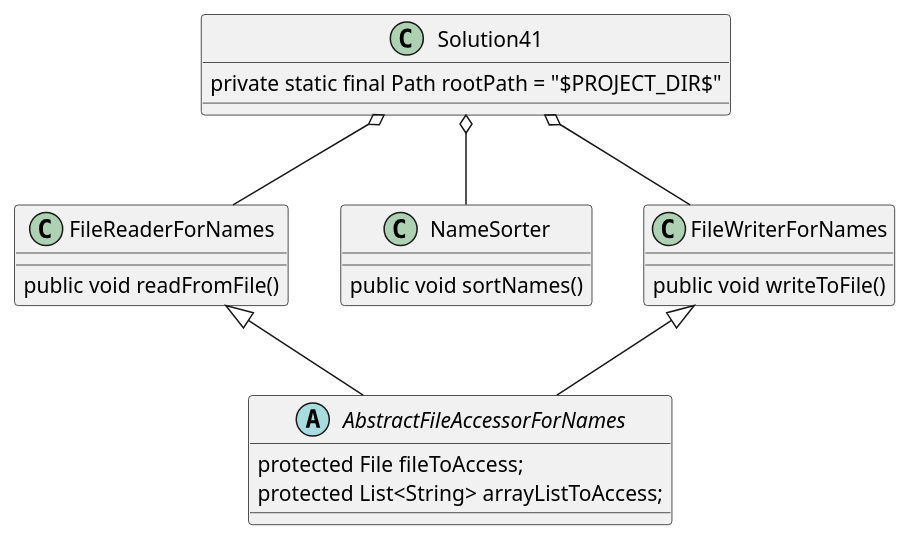
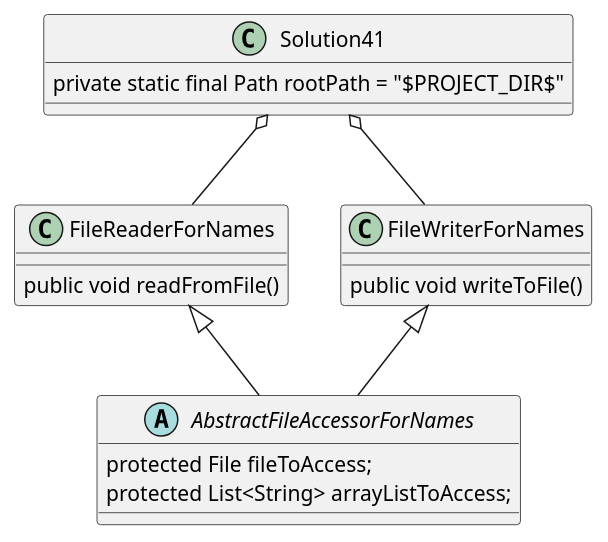
The diagram in exercise41/docs/exercise41diagram.puml (RadoMiami-UCF/guthre-a04), drawn with PlantUML before and after one commit. The commit also changed 13 other files, not shown here.

```diff
--- a/exercise41/docs/exercise41diagram.puml
+++ b/exercise41/docs/exercise41diagram.puml
@@ -1,27 +1,22 @@
 @startuml
 Solution41 o-- FileReaderForNames
-Solution41 o-- NameSorter
 Solution41 o-- FileWriterForNames
 FileReaderForNames <|-- AbstractFileAccessorForNames
 FileWriterForNames <|-- AbstractFileAccessorForNames
 class Solution41 {
     private static final Path rootPath = "$PROJECT_DIR$"
 }
 
 abstract class AbstractFileAccessorForNames {
     protected File fileToAccess;
     protected List<String> arrayListToAccess;
 }
 
 class FileReaderForNames {
     public void readFromFile()
 }
 
-class NameSorter {
-    public void sortNames()
-}
-
 class FileWriterForNames {
     public void writeToFile()
 }
 @enduml
```
